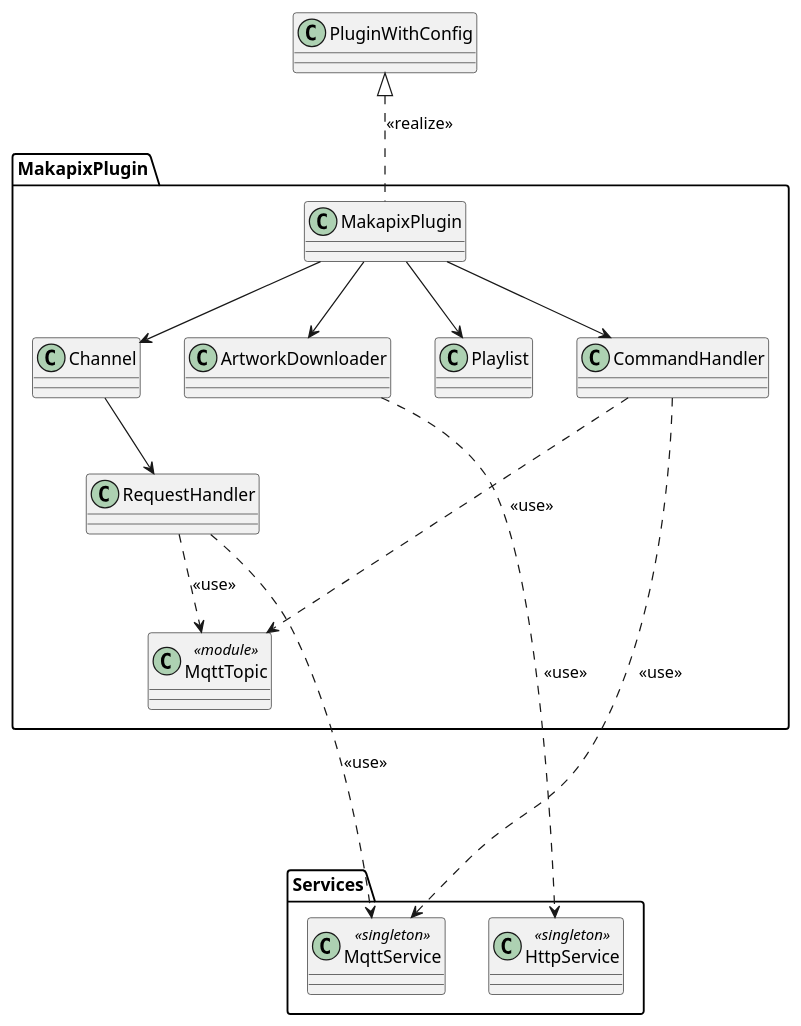
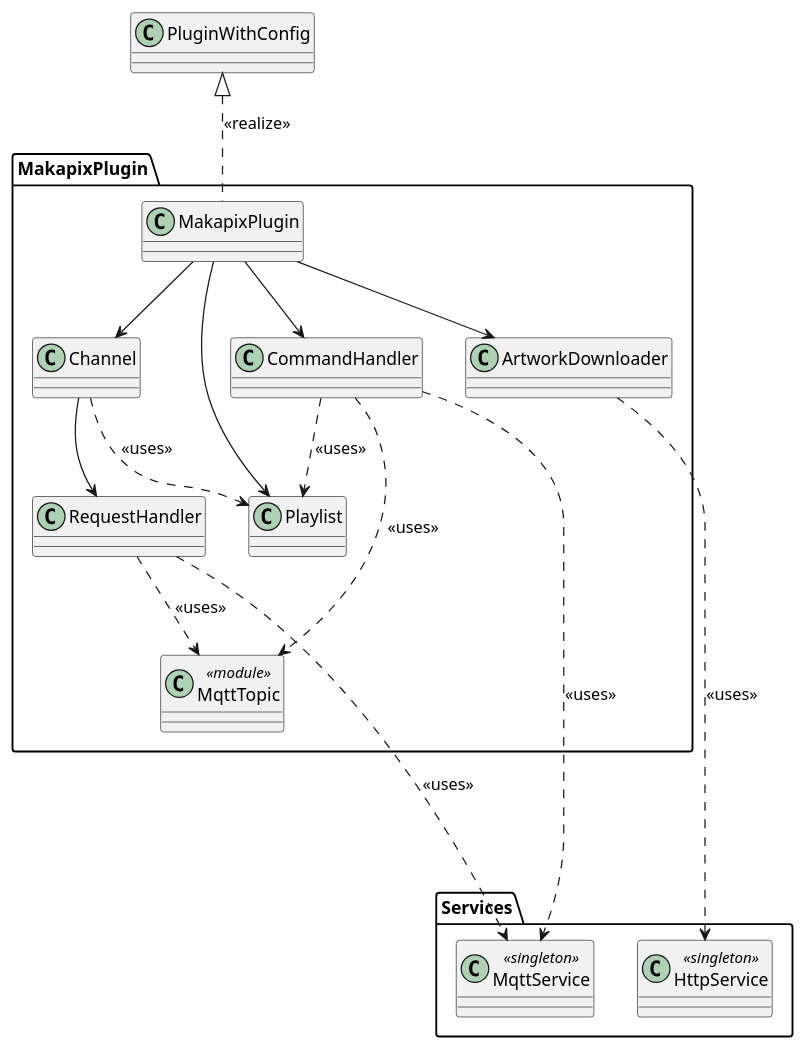
Before and after one commit to BlueAndi/Pixelix: the diagram in lib/MakapixPlugin/doc/MakapixPlugin.wsd, drawn with PlantUML. The commit also changed 11 other files, not shown here.

```diff
--- a/lib/MakapixPlugin/doc/MakapixPlugin.wsd
+++ b/lib/MakapixPlugin/doc/MakapixPlugin.wsd
@@ -1,36 +1,38 @@
 @startuml MakapixPlugin
 
 class "PluginWithConfig" as pluginWithConfig
 
 package "MakapixPlugin" {
     class "MakapixPlugin" as makapixPlugin
     class "ArtworkDownloader" as artworkDownloader
     class "Channel" as channel
     class "Playlist" as playlist
     class "CommandHandler" as commandHandler
     class "RequestHandler" as requestHandler
     class "MqttTopic" as mqttTopic<<module>>
 }
 
 package "Services" {
     class "HttpService" as httpService<<singleton>>
     class "MqttService" as mqttService<<singleton>>
 }
 
 pluginWithConfig <|.. makapixPlugin: <<realize>>
 makapixPlugin --> artworkDownloader
 makapixPlugin --> channel
-makapixPlugin --> playlist
+makapixPlugin ---> playlist
 makapixPlugin --> commandHandler
 
-artworkDownloader .....> httpService: <<use>>
+artworkDownloader .....> httpService: <<uses>>
 
 channel --> requestHandler
+channel ..> playlist: <<uses>>
 
-commandHandler .....> mqttService: <<use>>
-commandHandler ...> mqttTopic: <<use>>
+commandHandler .....> mqttService: <<uses>>
+commandHandler ...> mqttTopic: <<uses>>
+commandHandler ..> playlist: <<uses>>
 
-requestHandler ....> mqttService: <<use>>
-requestHandler ..> mqttTopic: <<use>>
+requestHandler ....> mqttService: <<uses>>
+requestHandler ..> mqttTopic: <<uses>>
 
 @enduml
```
